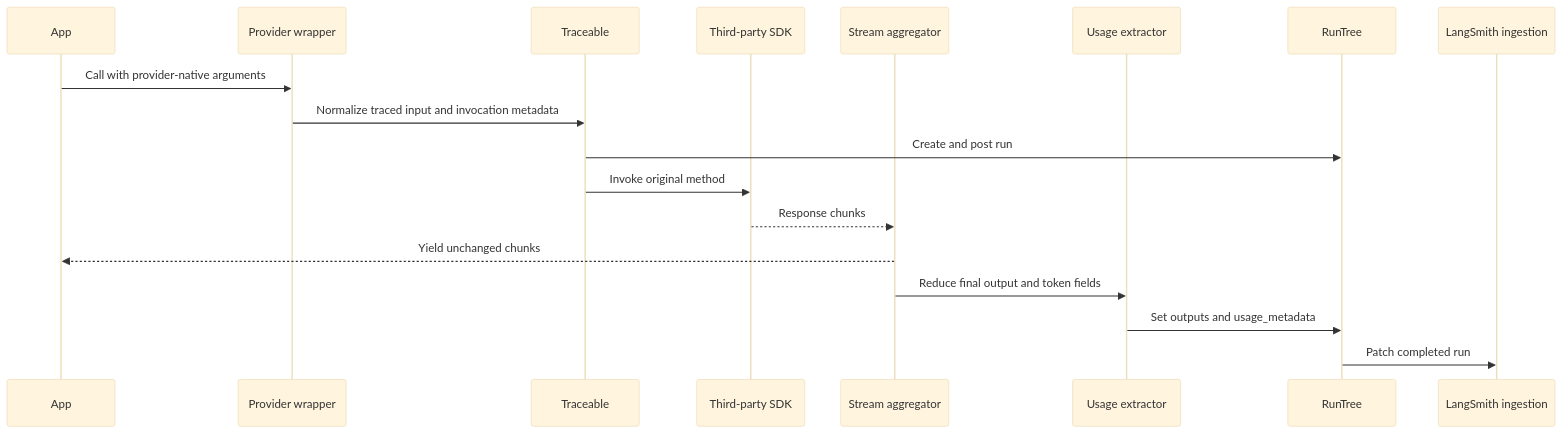
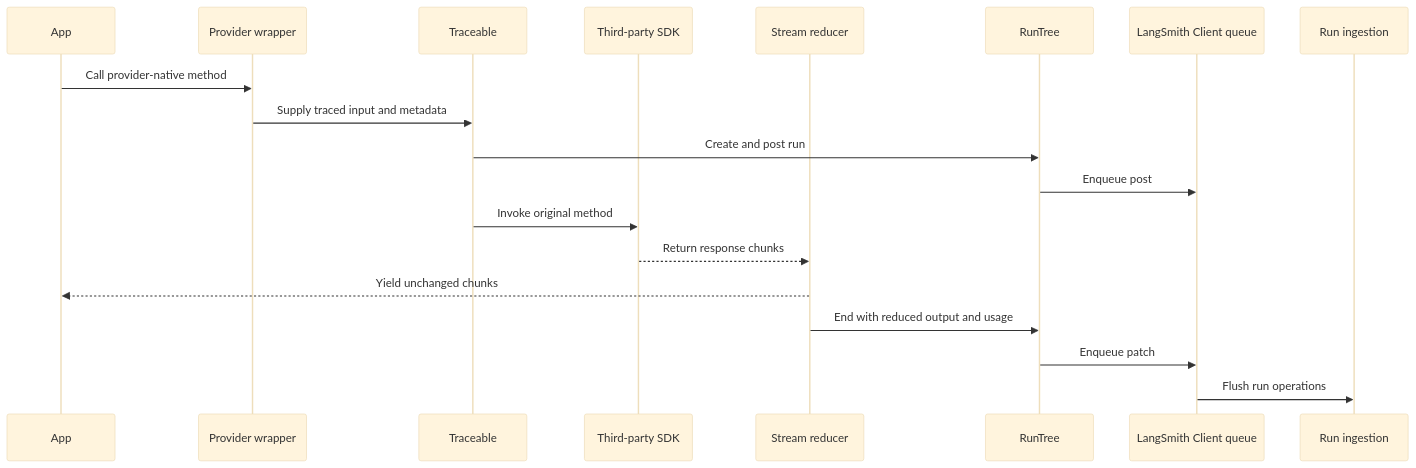
One commit to langchain-ai/langsmith-sdk changed the first of 2 diagrams in openwiki/integrations/provider-wrappers-and-opentelemetry.md. Above: the diagram before and after it, drawn with Mermaid (base theme). The commit also changed other lines of this file and 27 other files, not shown here.

````diff
--- a/openwiki/integrations/provider-wrappers-and-opentelemetry.md
+++ b/openwiki/integrations/provider-wrappers-and-opentelemetry.md
@@ -81,21 +108,22 @@
 ```mermaid
 sequenceDiagram
     participant App
     participant Wrapper as Provider wrapper
     participant Traceable
     participant Provider as Third-party SDK
-    participant Stream as Stream aggregator
-    participant Usage as Usage extractor
+    participant Stream as Stream reducer
     participant RunTree
-    participant Ingest as LangSmith ingestion
+    participant Client as LangSmith Client queue
+    participant Ingest as Run ingestion
 
-    App->>Wrapper: Call with provider-native arguments
-    Wrapper->>Traceable: Normalize traced input and invocation metadata
+    App->>Wrapper: Call provider-native method
+    Wrapper->>Traceable: Supply traced input and metadata
     Traceable->>RunTree: Create and post run
+    RunTree->>Client: Enqueue post
     Traceable->>Provider: Invoke original method
-    Provider-->>Stream: Response chunks
+    Provider-->>Stream: Return response chunks
     Stream-->>App: Yield unchanged chunks
-    Stream->>Usage: Reduce final output and token fields
-    Usage->>RunTree: Set outputs and usage_metadata
-    RunTree->>Ingest: Patch completed run
+    Stream->>RunTree: End with reduced output and usage
+    RunTree->>Client: Enqueue patch
+    Client->>Ingest: Flush run operations
 ```
````
